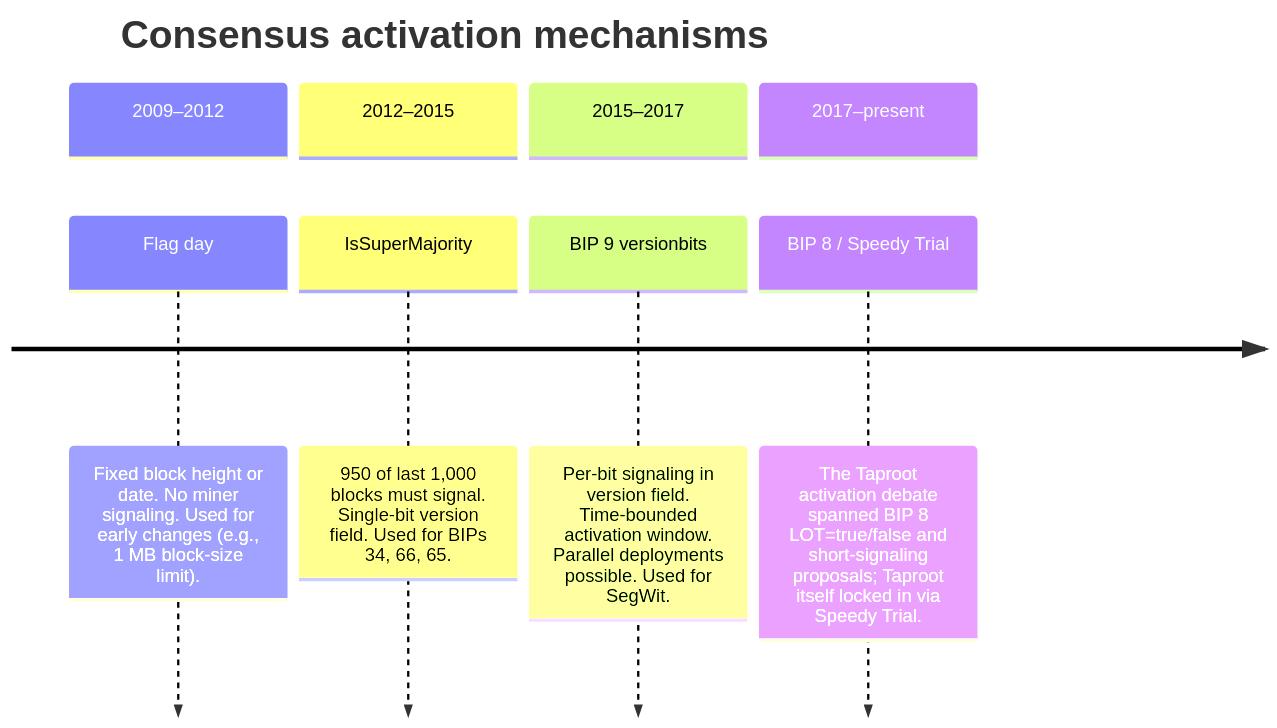
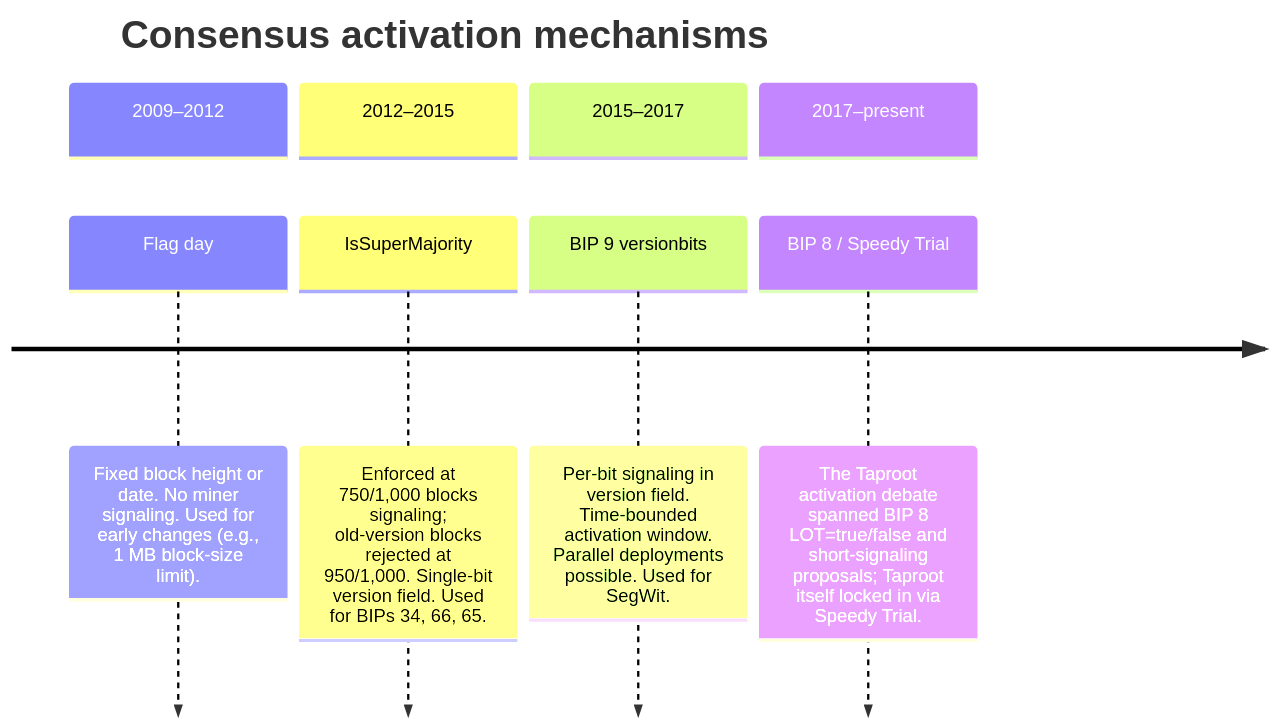
The fifth of 5 diagrams in src/data/entries/en/design/2009-01-03-bitcoin-consensus-design.md (cypher256/BitcoinArchive), drawn with Mermaid before and after one commit. The commit also changed other lines of this file and 19 other files, not shown here.

````diff
--- a/src/data/entries/en/design/2009-01-03-bitcoin-consensus-design.md
+++ b/src/data/entries/en/design/2009-01-03-bitcoin-consensus-design.md
@@ -206,12 +206,12 @@
 ```mermaid
 timeline
     title Consensus activation mechanisms
     section 2009–2012
         Flag day : Fixed block height or date. No miner signaling. Used for early changes (e.g., 1 MB block-size limit).
     section 2012–2015
-        IsSuperMajority : 950 of last 1,000 blocks must signal. Single-bit version field. Used for BIPs 34, 66, 65.
+        IsSuperMajority : Enforced at 750/1,000 blocks signaling; old-version blocks rejected at 950/1,000. Single-bit version field. Used for BIPs 34, 66, 65.
     section 2015–2017
         BIP 9 versionbits : Per-bit signaling in version field. Time-bounded activation window. Parallel deployments possible. Used for SegWit.
     section 2017–present
         BIP 8 / Speedy Trial : The Taproot activation debate spanned BIP 8 LOT=true/false and short-signaling proposals; Taproot itself locked in via Speedy Trial.
 ```
````
